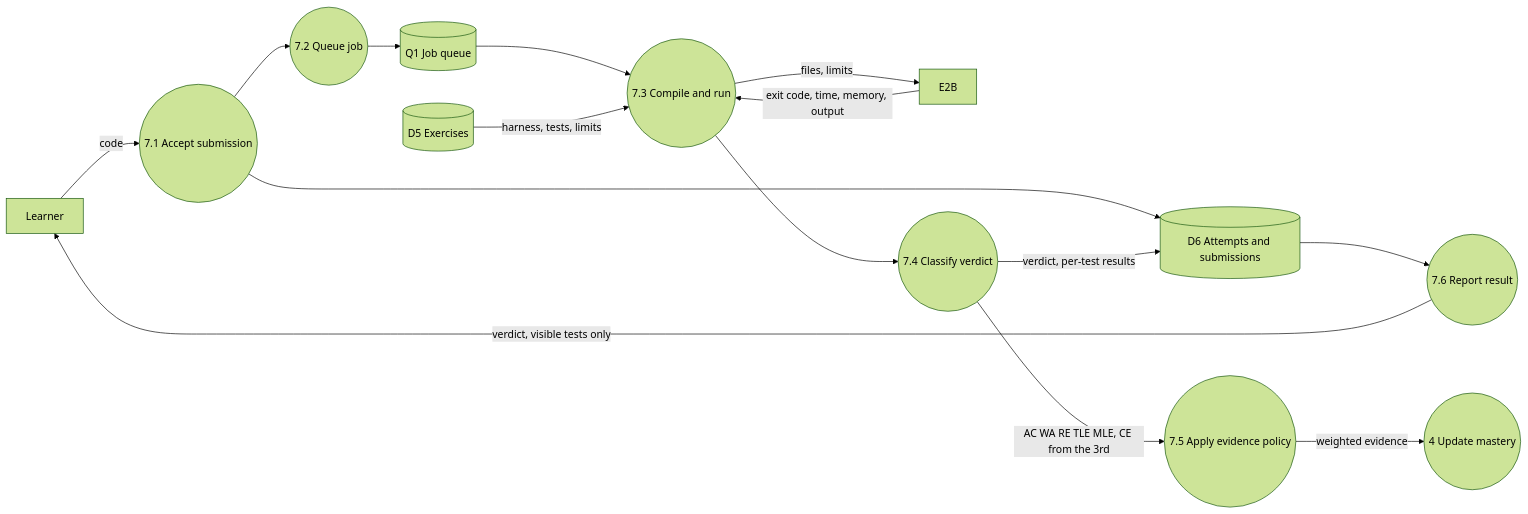
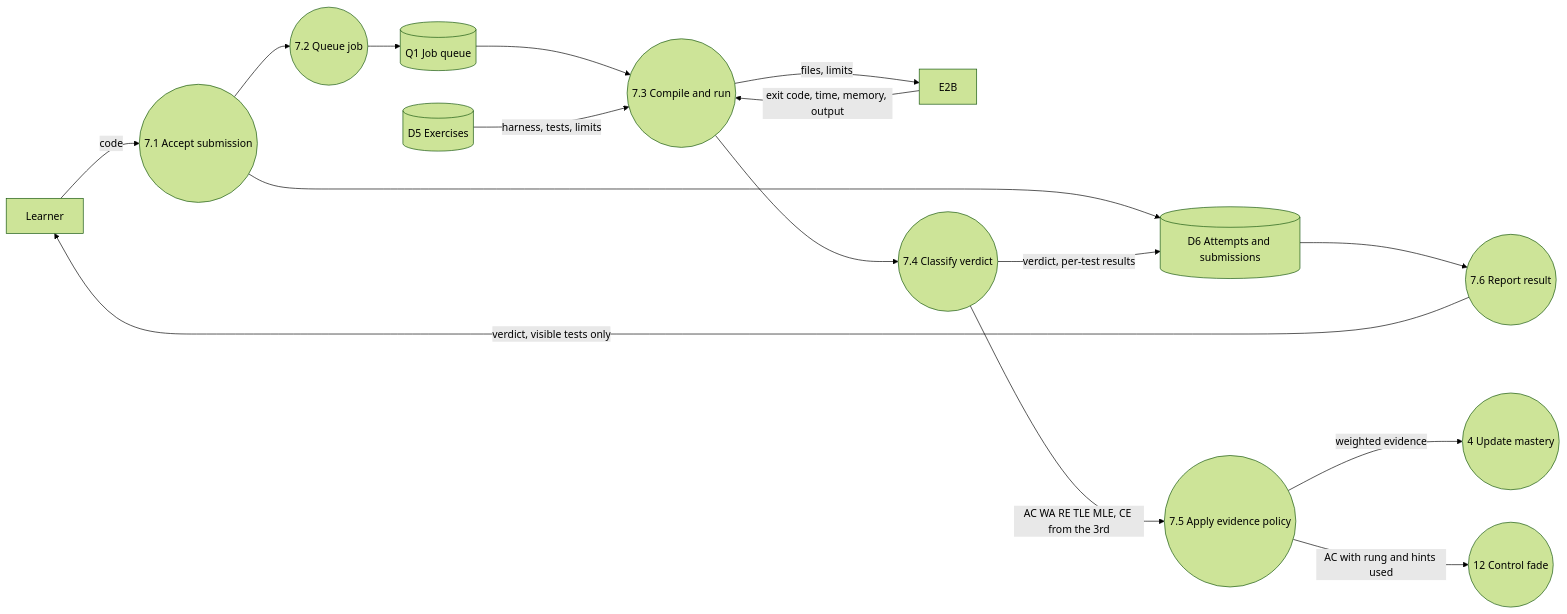
One commit to Nidanos/ai-tutor-platform changed the fourth of 32 diagrams in DOCS/phase-2/MP3-System-Design.md. Above: the diagram before and after it, drawn with Mermaid (forest theme). The commit also changed other lines of this file, not shown here.

Commit message:
docs: update Phase 2 design with per-skill fade, schema refinements and auth decisions

````diff
--- a/DOCS/phase-2/MP3-System-Design.md
+++ b/DOCS/phase-2/MP3-System-Design.md
@@ -216,29 +220,31 @@
 ```mermaid
 flowchart LR
   L["Learner"]
   SBX["E2B"]
   P71(("7.1 Accept submission"))
   P72(("7.2 Queue job"))
   P73(("7.3 Compile and run"))
   P74(("7.4 Classify verdict"))
   P75(("7.5 Apply evidence policy"))
   P76(("7.6 Report result"))
   P4(("4 Update mastery"))
+  P12(("12 Control fade"))
   Q[("Q1 Job queue")]
   D5[("D5 Exercises")]
   D6[("D6 Attempts and submissions")]
   L -->|code| P71
   P71 --> D6
   P71 --> P72
   P72 --> Q
   Q --> P73
   D5 -->|harness, tests, limits| P73
   P73 -->|files, limits| SBX
   SBX -->|exit code, time, memory, output| P73
   P73 --> P74
   P74 -->|verdict, per-test results| D6
   P74 -->|AC WA RE TLE MLE, CE from the 3rd| P75
   P75 -->|weighted evidence| P4
+  P75 -->|AC with rung and hints used| P12
   D6 --> P76
   P76 -->|verdict, visible tests only| L
 ```
````
